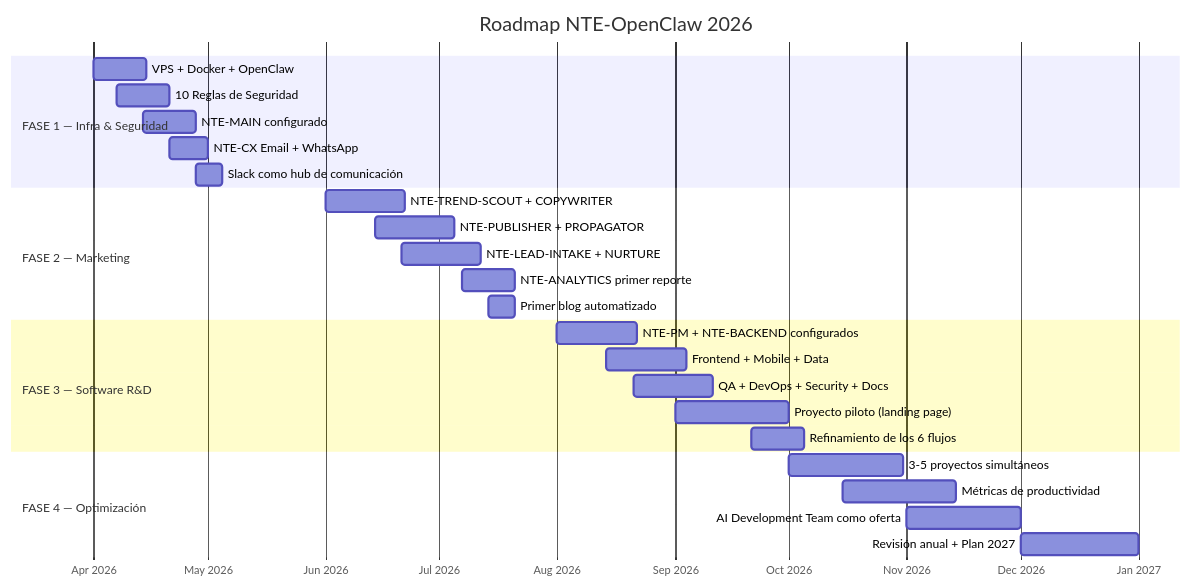
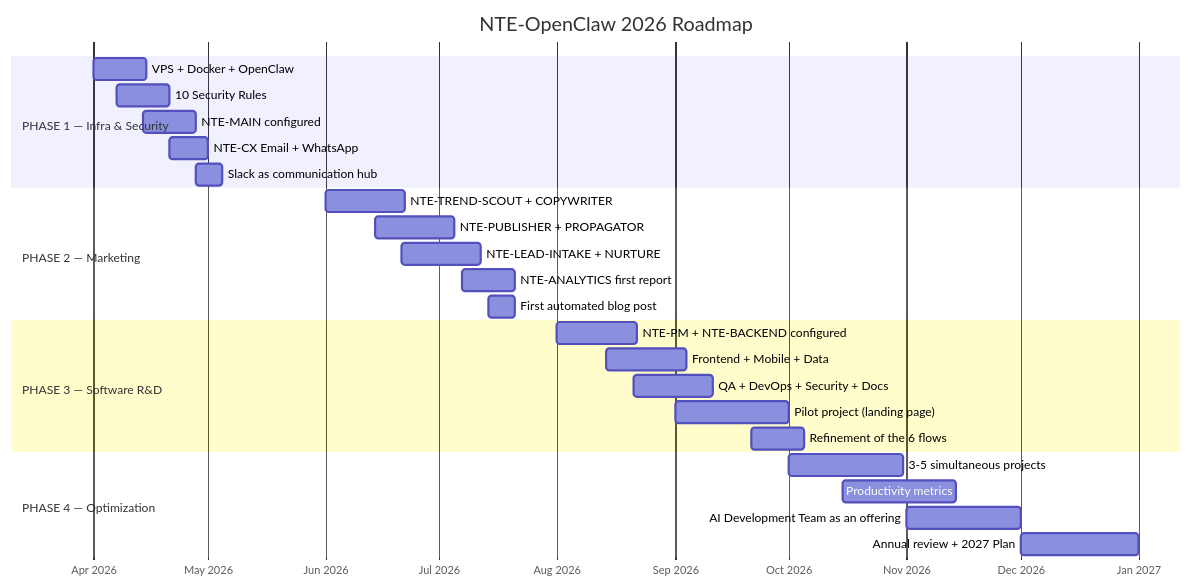
One commit to nissienterprise/nissi-openclaw-vps changed the diagram in documentation/06-roadmap/implementation-2026.md. Above: the diagram before and after it, drawn with Mermaid. The commit also changed other lines of this file and 46 other files, not shown here.

````diff
--- a/documentation/06-roadmap/implementation-2026.md
+++ b/documentation/06-roadmap/implementation-2026.md
@@ -8,33 +8,33 @@
 ```mermaid
 gantt
-    title Roadmap NTE-OpenClaw 2026
+    title NTE-OpenClaw 2026 Roadmap
     dateFormat  YYYY-MM-DD
     axisFormat  %b %Y
 
-    section FASE 1 — Infra & Seguridad
+    section PHASE 1 — Infra & Security
     VPS + Docker + OpenClaw           :2026-04-01, 14d
-    10 Reglas de Seguridad            :2026-04-07, 14d
-    NTE-MAIN configurado              :2026-04-14, 14d
+    10 Security Rules                 :2026-04-07, 14d
+    NTE-MAIN configured               :2026-04-14, 14d
     NTE-CX Email + WhatsApp           :2026-04-21, 10d
-    Slack como hub de comunicación    :2026-04-28, 7d
+    Slack as communication hub        :2026-04-28, 7d
 
-    section FASE 2 — Marketing
+    section PHASE 2 — Marketing
     NTE-TREND-SCOUT + COPYWRITER      :2026-06-01, 21d
     NTE-PUBLISHER + PROPAGATOR        :2026-06-14, 21d
     NTE-LEAD-INTAKE + NURTURE         :2026-06-21, 21d
-    NTE-ANALYTICS primer reporte      :2026-07-07, 14d
-    Primer blog automatizado          :2026-07-14, 7d
+    NTE-ANALYTICS first report        :2026-07-07, 14d
+    First automated blog post         :2026-07-14, 7d
 
-    section FASE 3 — Software R&D
-    NTE-PM + NTE-BACKEND configurados :2026-08-01, 21d
+    section PHASE 3 — Software R&D
+    NTE-PM + NTE-BACKEND configured   :2026-08-01, 21d
     Frontend + Mobile + Data          :2026-08-14, 21d
     QA + DevOps + Security + Docs     :2026-08-21, 21d
-    Proyecto piloto (landing page)    :2026-09-01, 30d
-    Refinamiento de los 6 flujos      :2026-09-21, 14d
+    Pilot project (landing page)      :2026-09-01, 30d
+    Refinement of the 6 flows         :2026-09-21, 14d
 
-    section FASE 4 — Optimización
-    3-5 proyectos simultáneos         :2026-10-01, 30d
-    Métricas de productividad         :2026-10-15, 30d
-    AI Development Team como oferta   :2026-11-01, 30d
-    Revisión anual + Plan 2027        :2026-12-01, 31d
+    section PHASE 4 — Optimization
+    3-5 simultaneous projects         :2026-10-01, 30d
+    Productivity metrics              :2026-10-15, 30d
+    AI Development Team as an offering:2026-11-01, 30d
+    Annual review + 2027 Plan         :2026-12-01, 31d
 ```
````
